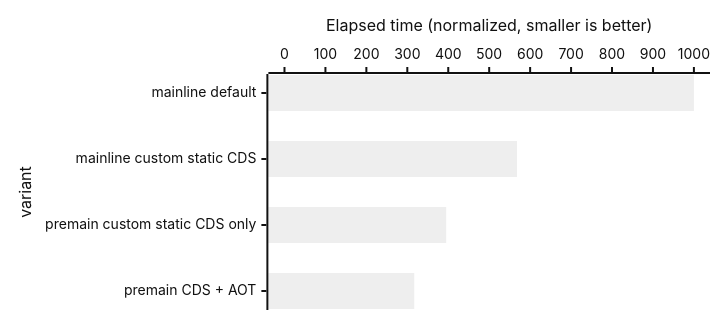
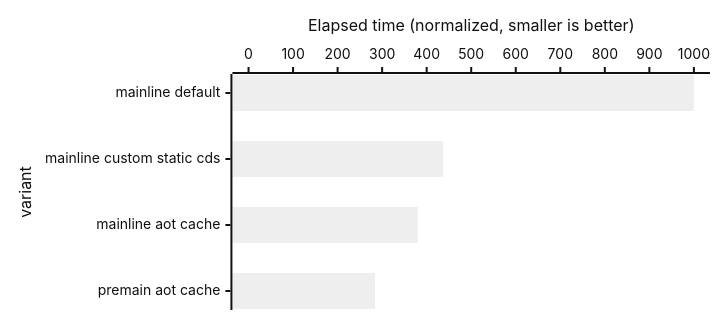
The third of 5 diagrams in README.md (openjdk/leyden), drawn with Mermaid (neutral theme) before and after one commit. The commit also changed other lines of this file and 8 other files, not shown here.

````diff
--- a/README.md
+++ b/README.md
@@ -440,12 +450,12 @@
 ```mermaid
 ---
 config:
     xyChart:
         chartOrientation: horizontal
         height: 300
 ---
 xychart-beta
-    x-axis "variant" ["mainline default", "mainline custom static CDS", "premain custom static CDS only", "premain CDS + AOT"]
+    x-axis "variant" ["mainline default", "mainline custom static cds", "mainline aot cache", "premain aot cache"]
     y-axis "Elapsed time (normalized, smaller is better)" 0 --> 1000
-    bar [1000, 568, 395, 317]
+    bar [1000, 437, 380, 284]
 ```
````
